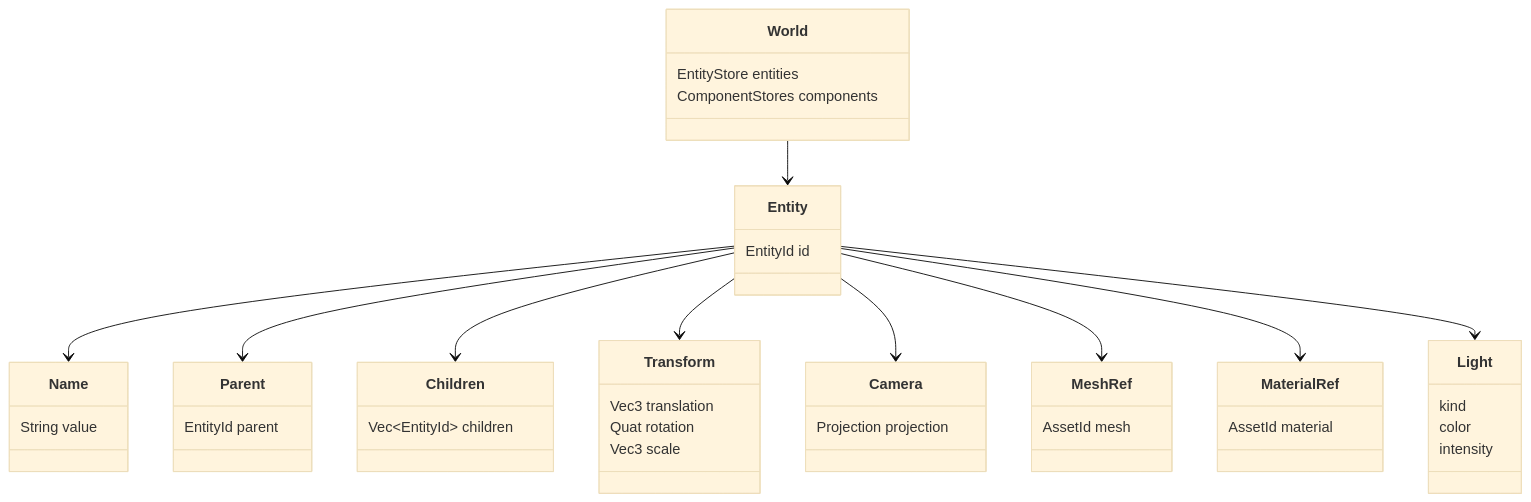
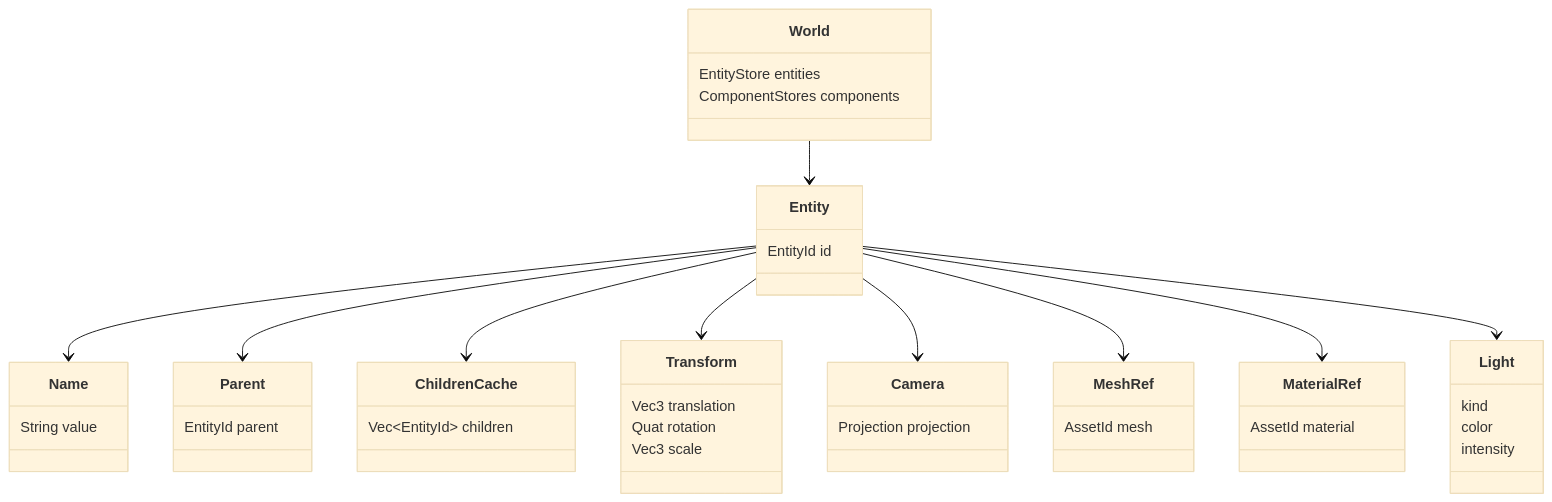
Before and after one commit to MRNIU/SimpleGameEngine: the fourth of 8 diagrams in docs/superpowers/specs/2026-07-06-rust-engine-architecture-design.md, drawn with Mermaid (base theme). The commit also changed other lines of this file and 3 other files, not shown here.

First line of the commit message:
docs(architecture): 对齐 Rust reset 文档真值

````diff
--- a/docs/superpowers/specs/2026-07-06-rust-engine-architecture-design.md
+++ b/docs/superpowers/specs/2026-07-06-rust-engine-architecture-design.md
@@ -184,57 +184,57 @@
 ```mermaid
 classDiagram
   class World {
     EntityStore entities
     ComponentStores components
   }
 
   class Entity {
     EntityId id
   }
 
   class Name {
     String value
   }
 
   class Parent {
     EntityId parent
   }
 
-  class Children {
+  class ChildrenCache {
     Vec~EntityId~ children
   }
 
   class Transform {
     Vec3 translation
     Quat rotation
     Vec3 scale
   }
 
   class Camera {
     Projection projection
   }
 
   class MeshRef {
     AssetId mesh
   }
 
   class MaterialRef {
     AssetId material
   }
 
   class Light {
     kind
     color
     intensity
   }
 
   World --> Entity
   Entity --> Name
   Entity --> Parent
-  Entity --> Children
+  Entity --> ChildrenCache
   Entity --> Transform
   Entity --> Camera
   Entity --> MeshRef
   Entity --> MaterialRef
   Entity --> Light
 ```
````
